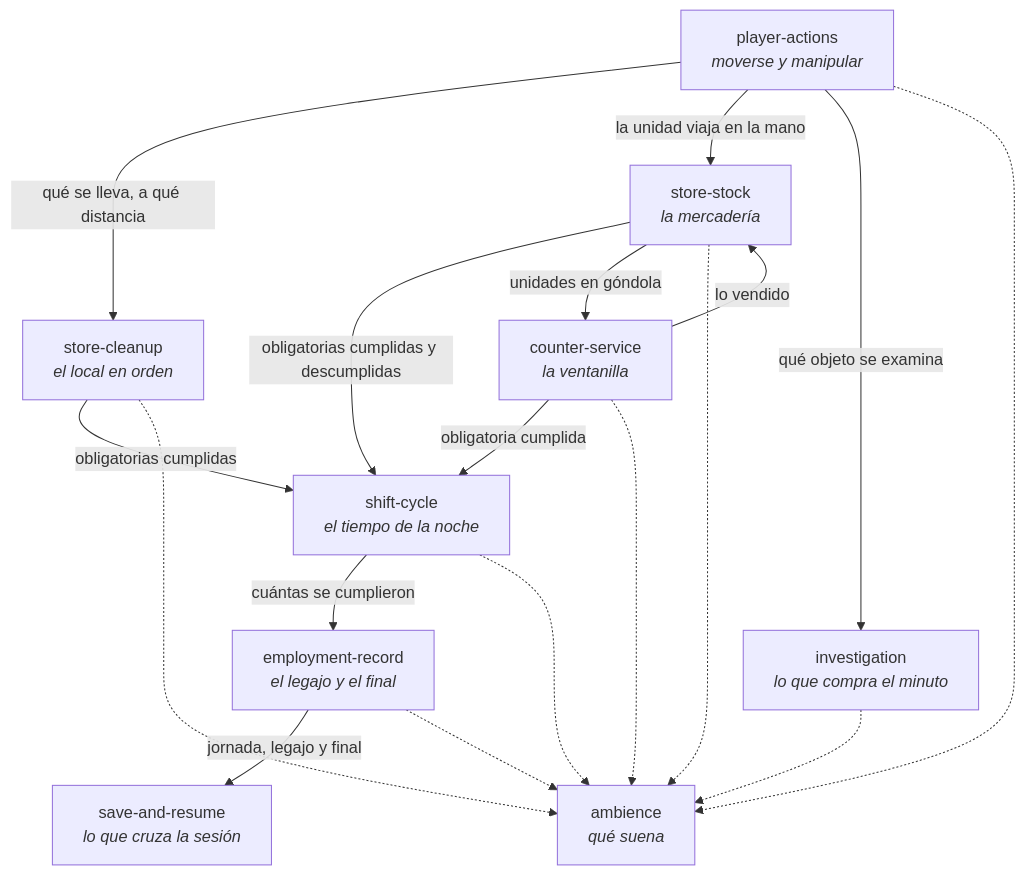
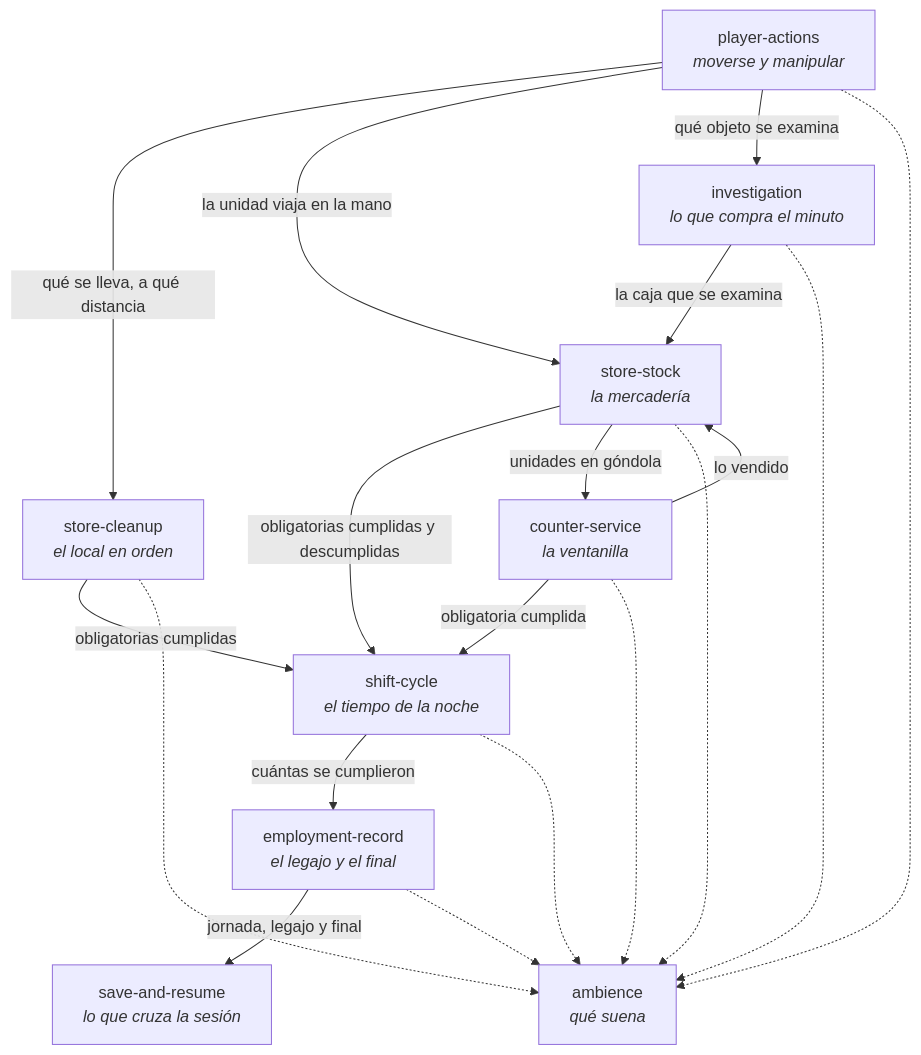
The diagram in docs/architecture/capacidades.md (federicohermo/nosefia), drawn with Mermaid before and after one commit. The commit also changed 1 other file, not shown here.

Commit message:
spec: la caja cuenta desde su depósito, recibe de vuelta su producto y dice cuántas tiene
La caja de cada producto cuenta su depósito menos lo que salió de ella y
no se colocó, así que una venta le resta y colocar no le cambia nada. El
clic sobre la caja saca con las manos vacías, devuelve una unidad de su
producto y no hace nada con otra cosa. Devolver anula la salida, y la caja
llena no recibe. Examinar la caja muestra cuántas tiene y cuántas le
entran, mientras dura el examen. La palabra de una lata, una botella, un
envoltorio o una caja queda abierta en OQ-STK-006.

Claude-Session: https://claude.ai/code/session_01TxGQzvVRAJm27LDWJyaykT

````diff
--- a/docs/architecture/capacidades.md
+++ b/docs/architecture/capacidades.md
@@ -22,30 +22,31 @@
 ```mermaid
 flowchart TD
   SHF["shift-cycle<br/><i>el tiempo de la noche</i>"]
   EMP["employment-record<br/><i>el legajo y el final</i>"]
   SAV["save-and-resume<br/><i>lo que cruza la sesión</i>"]
   PLY["player-actions<br/><i>moverse y manipular</i>"]
   INV["investigation<br/><i>lo que compra el minuto</i>"]
   CTR["counter-service<br/><i>la ventanilla</i>"]
   STK["store-stock<br/><i>la mercadería</i>"]
   CLN["store-cleanup<br/><i>el local en orden</i>"]
   AMB["ambience<br/><i>qué suena</i>"]
 
   CTR -- "obligatoria cumplida" --> SHF
   STK -- "obligatorias cumplidas y descumplidas" --> SHF
   CLN -- "obligatorias cumplidas" --> SHF
   SHF -- "cuántas se cumplieron" --> EMP
   EMP -- "jornada, legajo y final" --> SAV
   STK -- "unidades en góndola" --> CTR
   CTR -- "lo vendido" --> STK
   PLY -- "qué se lleva, a qué distancia" --> CLN
   PLY -- "la unidad viaja en la mano" --> STK
   PLY -- "qué objeto se examina" --> INV
+  INV -- "la caja que se examina" --> STK
   SHF -.-> AMB
   EMP -.-> AMB
   CTR -.-> AMB
   STK -.-> AMB
   CLN -.-> AMB
   PLY -.-> AMB
   INV -.-> AMB
 ```
````
